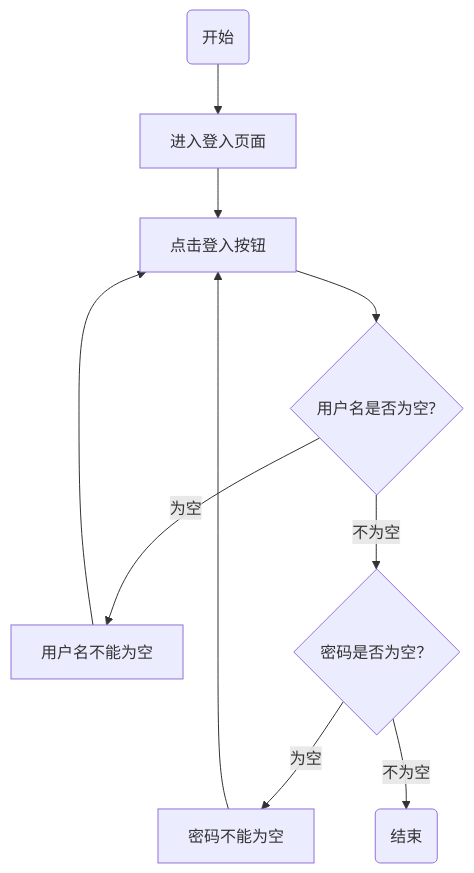
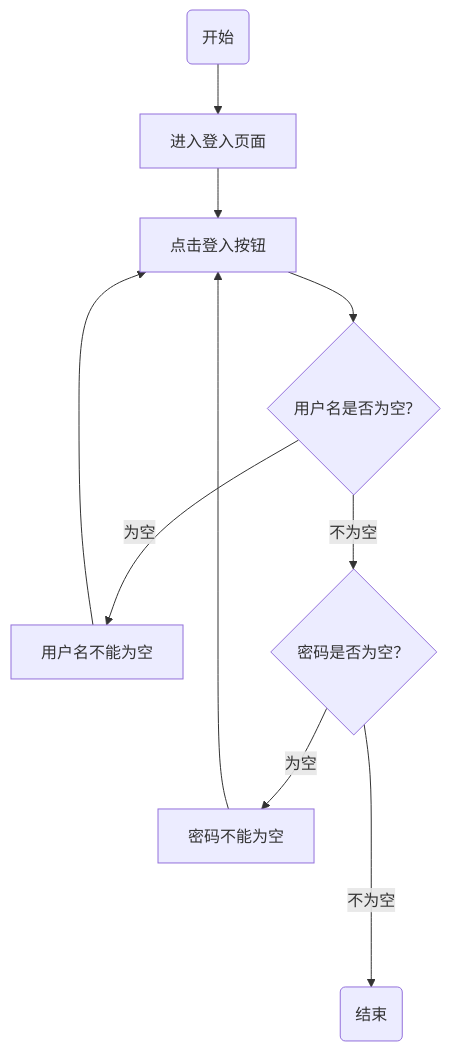
One commit to rockyzhao5421/notes changed diagram 12 of 12 in mermaid.md. Above: the diagram before and after it, drawn with Mermaid.

````diff
--- a/mermaid.md
+++ b/mermaid.md
@@ -203,9 +203,9 @@
 ```mermaid
 graph 
     start(开始) --> login_page[进入登入页面]-->login[点击登入按钮]
     login --> check_name{"用户名是否为空?"}
     check_name --为空-->need_id_dialog[用户名不能为空]-->login
     check_name --不为空-->check_psw{"密码是否为空？"}
     check_psw -- 为空 -->need_psw_dialog[密码不能为空] --> login
-    check_psw -- 不为空 --> End(结束)
+    check_psw -- 不为空 ----> End(结束)
 ```
````
